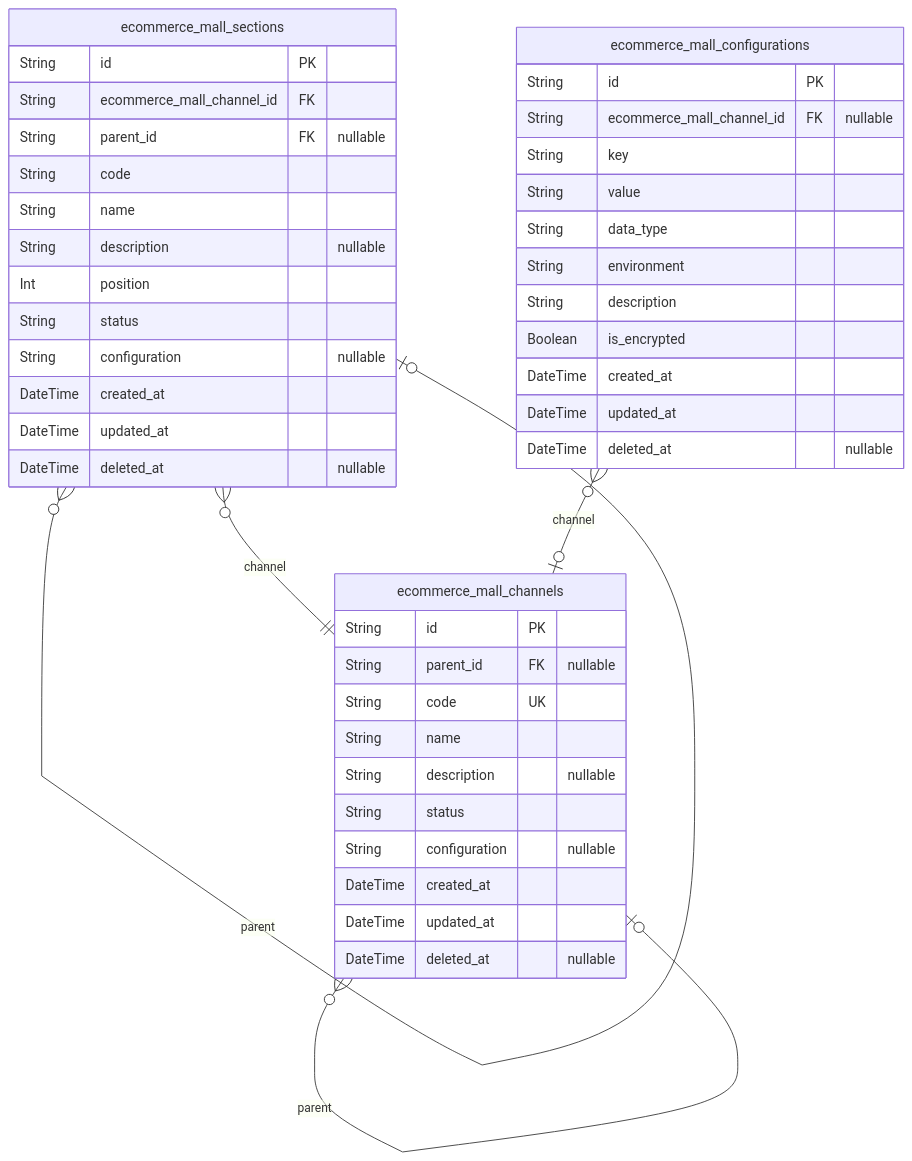
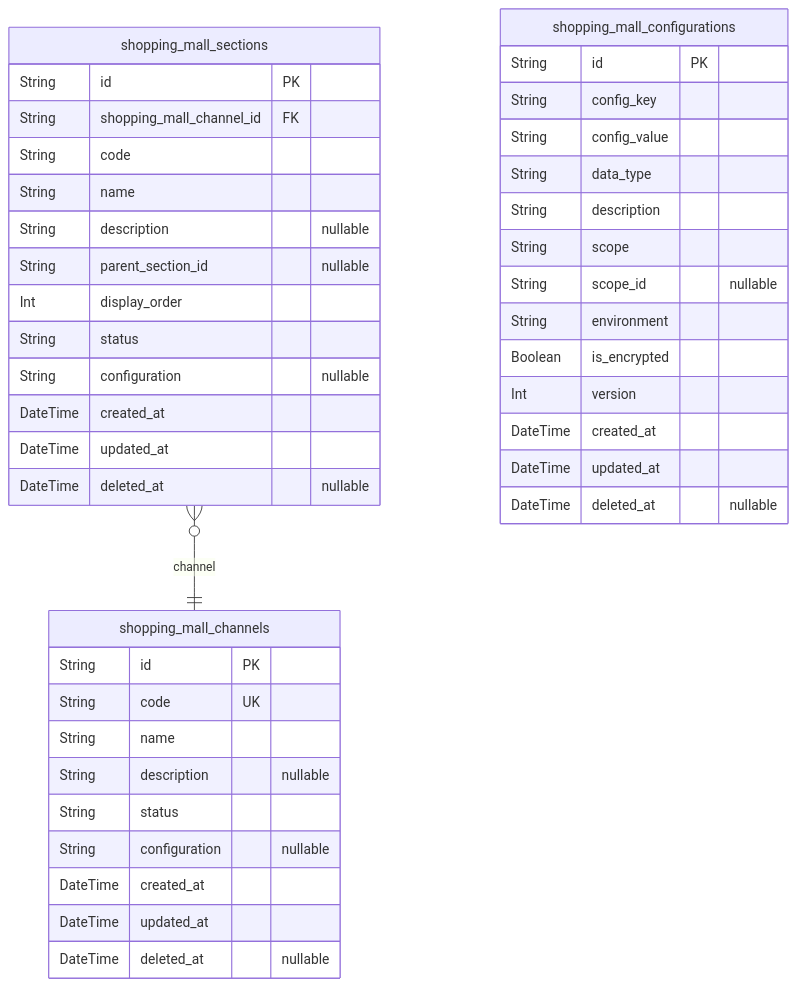
One commit to wrtnlabs/autobe-examples changed the first of 10 diagrams in deepseek/deepseek-v3.1-terminus-exacto/shopping/docs/ERD.md. Above: the diagram before and after it, drawn with Mermaid. The commit also changed other lines of this file and 7173 other files, not shown here.

````diff
--- a/deepseek/deepseek-v3.1-terminus-exacto/shopping/docs/ERD.md
+++ b/deepseek/deepseek-v3.1-terminus-exacto/shopping/docs/ERD.md
@@ -18,46 +18,44 @@
 ```mermaid
 erDiagram
-"ecommerce_mall_channels" {
+"shopping_mall_channels" {
   String id PK
-  String parent_id FK "nullable"
   String code UK
   String name
   String description "nullable"
   String status
   String configuration "nullable"
   DateTime created_at
   DateTime updated_at
   DateTime deleted_at "nullable"
 }
-"ecommerce_mall_sections" {
+"shopping_mall_sections" {
   String id PK
-  String ecommerce_mall_channel_id FK
-  String parent_id FK "nullable"
+  String shopping_mall_channel_id FK
   String code
   String name
   String description "nullable"
-  Int position
+  String parent_section_id "nullable"
+  Int display_order
   String status
   String configuration "nullable"
   DateTime created_at
   DateTime updated_at
   DateTime deleted_at "nullable"
 }
-"ecommerce_mall_configurations" {
+"shopping_mall_configurations" {
   String id PK
-  String ecommerce_mall_channel_id FK "nullable"
-  String key
-  String value
+  String config_key
+  String config_value
   String data_type
+  String description
+  String scope
+  String scope_id "nullable"
   String environment
-  String description
   Boolean is_encrypted
+  Int version
   DateTime created_at
   DateTime updated_at
   DateTime deleted_at "nullable"
 }
-"ecommerce_mall_channels" }o--o| "ecommerce_mall_channels" : parent
-"ecommerce_mall_sections" }o--|| "ecommerce_mall_channels" : channel
-"ecommerce_mall_sections" }o--o| "ecommerce_mall_sections" : parent
-"ecommerce_mall_configurations" }o--o| "ecommerce_mall_channels" : channel
+"shopping_mall_sections" }o--|| "shopping_mall_channels" : channel
 ```
````
